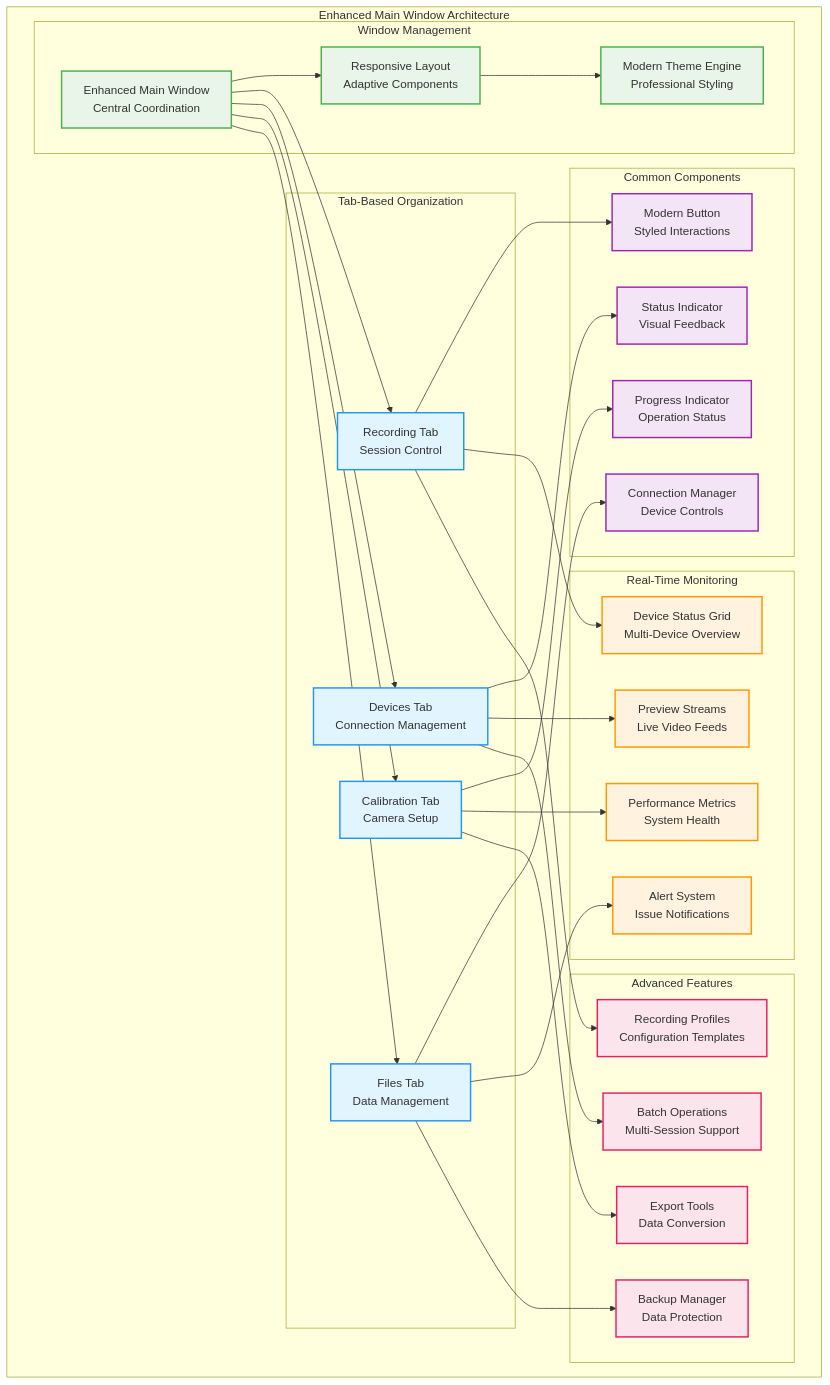
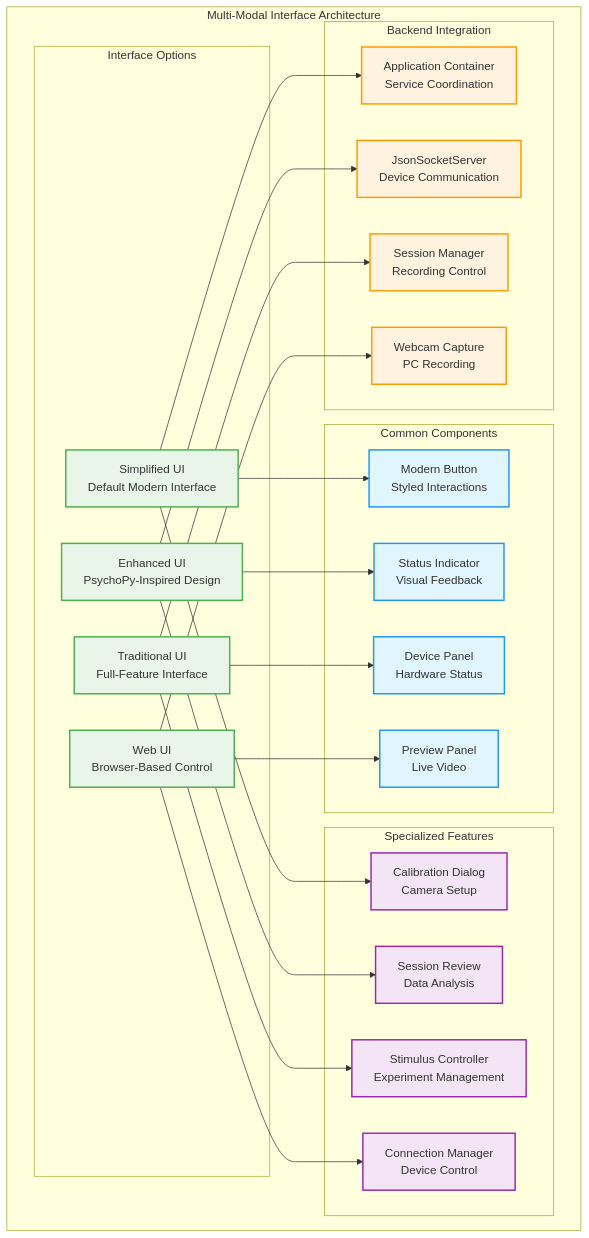
The second of 8 diagrams in docs/thesis_report/Python_Desktop_Controller_Comprehensive_Documentation.md (buccancs/fyp-multi-sensor-recording-system), drawn with Mermaid before and after one commit. The commit also changed other lines of this file, not shown here.

````diff
--- a/docs/thesis_report/Python_Desktop_Controller_Comprehensive_Documentation.md
+++ b/docs/thesis_report/Python_Desktop_Controller_Comprehensive_Documentation.md
@@ -500,75 +505,61 @@
 ```mermaid
 graph TB
-    subgraph "Enhanced Main Window Architecture"
-        subgraph "Window Management"
-            MAIN_WIN[Enhanced Main Window<br/>Central Coordination]
-            LAYOUT[Responsive Layout<br/>Adaptive Components]
-            THEME[Modern Theme Engine<br/>Professional Styling]
-        end
-        
-        subgraph "Tab-Based Organization"
-            REC_TAB[Recording Tab<br/>Session Control]
-            DEV_TAB[Devices Tab<br/>Connection Management]
-            CAL_TAB[Calibration Tab<br/>Camera Setup]
-            FILE_TAB[Files Tab<br/>Data Management]
+    subgraph "Multi-Modal Interface Architecture"
+        subgraph "Interface Options"
+            SIMP_UI[Simplified UI<br/>Default Modern Interface]
+            ENH_UI[Enhanced UI<br/>PsychoPy-Inspired Design]
+            TRAD_UI[Traditional UI<br/>Full-Feature Interface]
+            WEB_UI[Web UI<br/>Browser-Based Control]
         end
         
         subgraph "Common Components"
             MOD_BTN[Modern Button<br/>Styled Interactions]
             STATUS_IND[Status Indicator<br/>Visual Feedback]
-            PROG_BAR[Progress Indicator<br/>Operation Status]
-            CONN_MGR[Connection Manager<br/>Device Controls]
+            DEV_PANEL[Device Panel<br/>Hardware Status]
+            PREV_PANEL[Preview Panel<br/>Live Video]
         end
         
-        subgraph "Real-Time Monitoring"
-            DEV_GRID[Device Status Grid<br/>Multi-Device Overview]
-            PREVIEW[Preview Streams<br/>Live Video Feeds]
-            METRICS[Performance Metrics<br/>System Health]
-            ALERTS[Alert System<br/>Issue Notifications]
+        subgraph "Specialized Features"
+            CALIB_DLG[Calibration Dialog<br/>Camera Setup]
+            SESSION_REV[Session Review<br/>Data Analysis]
+            STIM_CTRL[Stimulus Controller<br/>Experiment Management]
+            CONNECTION_MGR[Connection Manager<br/>Device Control]
         end
         
-        subgraph "Advanced Features"
-            PROFILE[Recording Profiles<br/>Configuration Templates]
-            BATCH[Batch Operations<br/>Multi-Session Support]
-            EXPORT[Export Tools<br/>Data Conversion]
-            BACKUP[Backup Manager<br/>Data Protection]
+        subgraph "Backend Integration"
+            APP_CONT[Application Container<br/>Service Coordination]
+            JSON_SRV[JsonSocketServer<br/>Device Communication]
+            SESSION_MGR[Session Manager<br/>Recording Control]
+            WEBCAM_CAP[Webcam Capture<br/>PC Recording]
         end
     end
     
-    %% Architecture relationships
-    MAIN_WIN --> LAYOUT
-    LAYOUT --> THEME
+    %% Interface relationships
+    SIMP_UI --> MOD_BTN
+    ENH_UI --> STATUS_IND
+    TRAD_UI --> DEV_PANEL
+    WEB_UI --> PREV_PANEL
     
-    MAIN_WIN --> REC_TAB
-    MAIN_WIN --> DEV_TAB
-    MAIN_WIN --> CAL_TAB
-    MAIN_WIN --> FILE_TAB
+    %% Component usage
+    SIMP_UI --> CALIB_DLG
+    ENH_UI --> SESSION_REV
+    TRAD_UI --> STIM_CTRL
+    WEB_UI --> CONNECTION_MGR
     
-    REC_TAB --> MOD_BTN
-    DEV_TAB --> STATUS_IND
-    CAL_TAB --> PROG_BAR
-    FILE_TAB --> CONN_MGR
-    
-    REC_TAB --> DEV_GRID
-    DEV_TAB --> PREVIEW
-    CAL_TAB --> METRICS
-    FILE_TAB --> ALERTS
-    
-    REC_TAB --> PROFILE
-    DEV_TAB --> BATCH
-    CAL_TAB --> EXPORT
-    FILE_TAB --> BACKUP
+    %% Backend connections
+    SIMP_UI --> APP_CONT
+    ENH_UI --> JSON_SRV
+    TRAD_UI --> SESSION_MGR
+    WEB_UI --> WEBCAM_CAP
     
     %% Styling
-    classDef window fill:#e8f5e8,stroke:#4CAF50,stroke-width:2px
-    classDef tab fill:#e1f5fe,stroke:#2196F3,stroke-width:2px
-    classDef component fill:#f3e5f5,stroke:#9C27B0,stroke-width:2px
-    classDef monitor fill:#fff3e0,stroke:#FF9800,stroke-width:2px
-    classDef feature fill:#fce4ec,stroke:#E91E63,stroke-width:2px
+    classDef interface fill:#e8f5e8,stroke:#4CAF50,stroke-width:2px
+    classDef component fill:#e1f5fe,stroke:#2196F3,stroke-width:2px
+    classDef feature fill:#f3e5f5,stroke:#9C27B0,stroke-width:2px
+    classDef backend fill:#fff3e0,stroke:#FF9800,stroke-width:2px
     
-    class MAIN_WIN,LAYOUT,THEME window
-    class REC_TAB,DEV_TAB,CAL_TAB,FILE_TAB tab
-    class MOD_BTN,STATUS_IND,PROG_BAR,CONN_MGR component
-    class DEV_GRID,PREVIEW,METRICS,ALERTS monitor
-    class PROFILE,BATCH,EXPORT,BACKUP feature
+    class SIMP_UI,ENH_UI,TRAD_UI,WEB_UI interface
+    class MOD_BTN,STATUS_IND,DEV_PANEL,PREV_PANEL component
+    class CALIB_DLG,SESSION_REV,STIM_CTRL,CONNECTION_MGR feature
+    class APP_CONT,JSON_SRV,SESSION_MGR,WEBCAM_CAP backend
 ```
````
